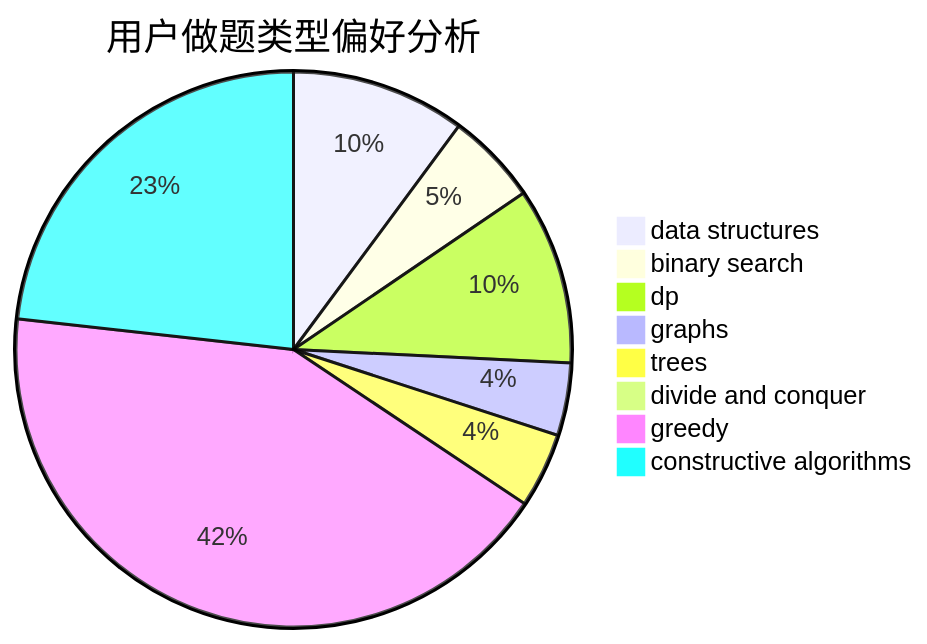
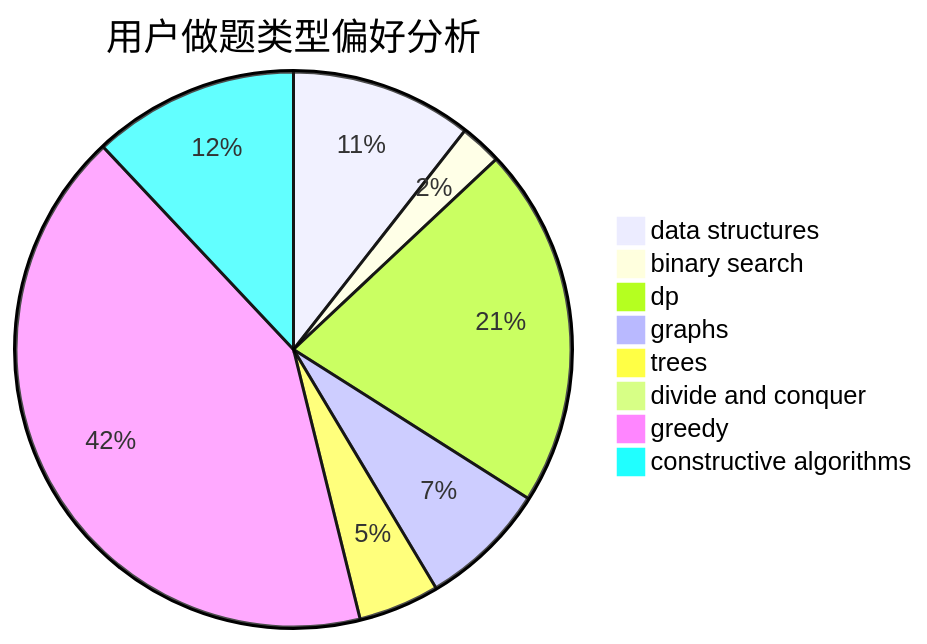
One commit to sherpahu/cfrs.github.io changed the second of 3 diagrams in docs/user/u238.md. Above: the diagram before and after it, drawn with Mermaid. The commit also changed other lines of this file and 2770 other files, not shown here.

````diff
--- a/docs/user/u238.md
+++ b/docs/user/u238.md
@@ -23,11 +23,11 @@
 ```mermaid
 pie title 用户做题类型偏好分析
-    "data structures" :  72
-    "binary search" :  38
-    "dp" :  73
-    "graphs" :  30
-    "trees" :  31
-    "divide and conquer" :  4
-    "greedy" :  301
-    "constructive algorithms" :  165
+    "data structures" :  74
+    "binary search" :  17
+    "dp" :  147
+    "graphs" :  52
+    "trees" :  33
+    "divide and conquer" :  1
+    "greedy" :  293
+    "constructive algorithms" :  84
 ```
````
